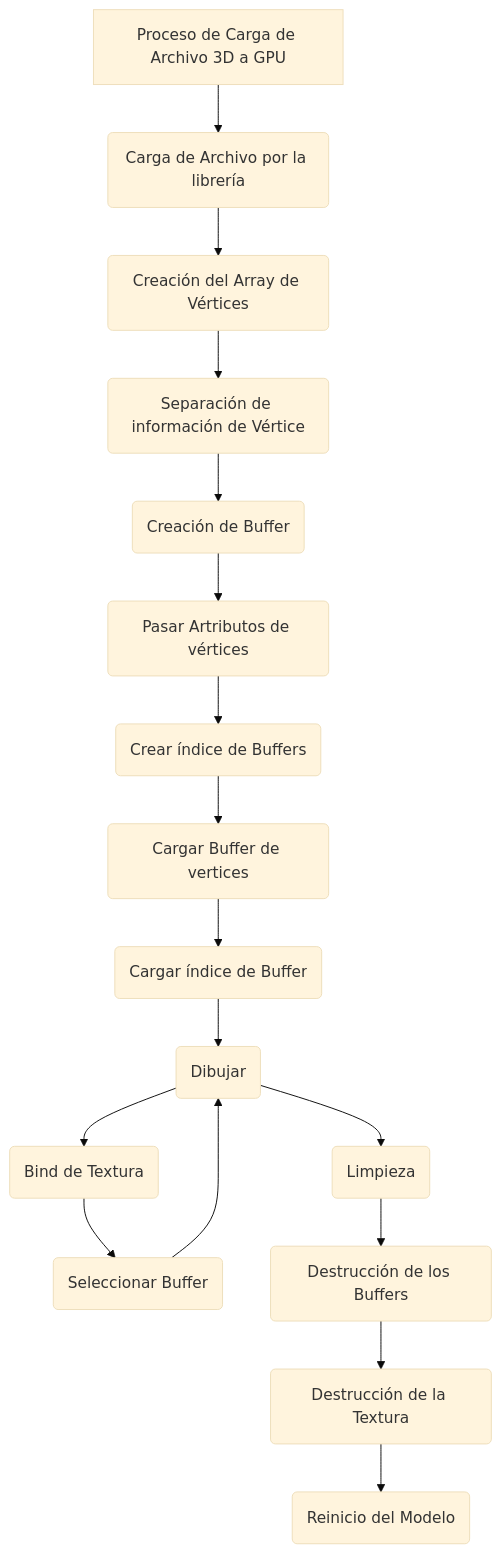
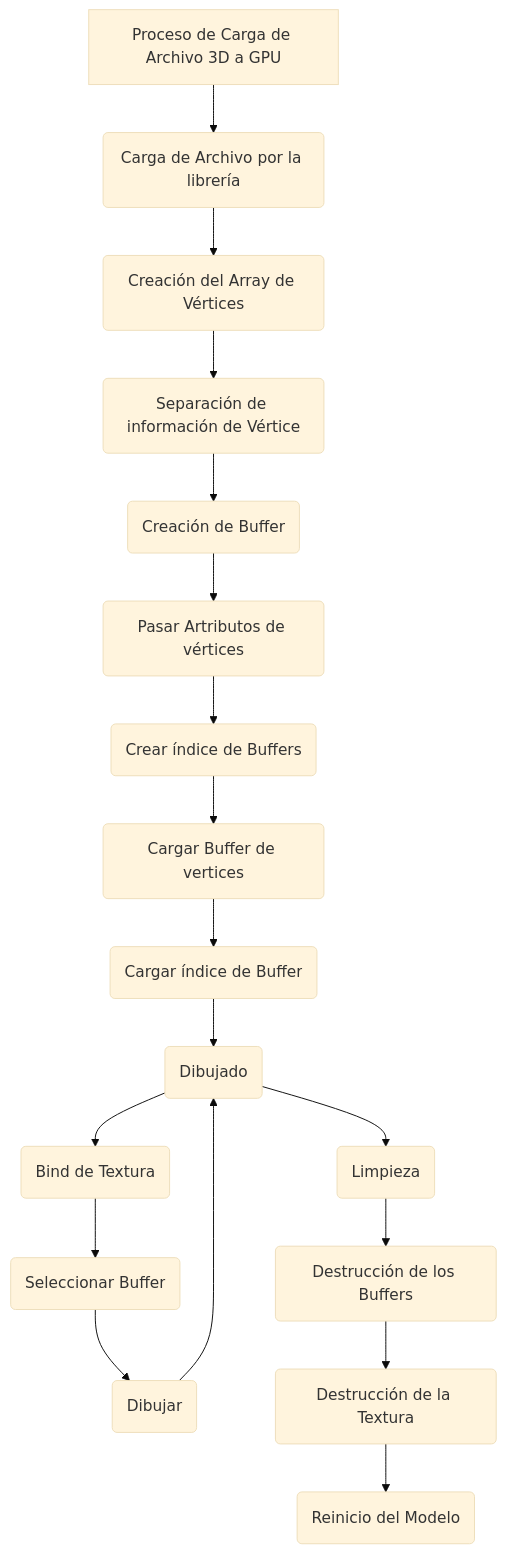
The diagram in doc/UploadModel.md (exequielpagliari/LigthingPractice), drawn with Mermaid (base theme) before and after one commit.

Commit message:
Fix: Gráfico Ciclo de Carga

````diff
--- a/doc/UploadModel.md
+++ b/doc/UploadModel.md
@@ -13,20 +13,25 @@
 ```mermaid
+---
+config:
+  layout: dagre
+---
 flowchart TD
-    A[Proceso de Carga de Archivo 3D a GPU] --> B(Carga de Archivo por la librería)
-    B --> C(Creación del Array de Vértices)
-    C --> D(Separación de información de Vértice )
-    D --> E(Creación de Buffer)
-    E --> F(Pasar Artributos de vértices)
-    F --> G(Crear índice de Buffers)
-    G --> H(Cargar Buffer de vertices)
-    H --> I(Cargar índice de Buffer)
-    I --> J(Dibujado)
-    J --> K(Bind de Textura)
-    K --> L(Seleccionar Buffer)
-    L --> J(Dibujar)
-    J --> M(Limpieza)
-    M --> N(Destrucción de los Buffers)
-    N --> O(Destrucción de la Textura)
-    O --> P(Reinicio del Modelo)
+    A["Proceso de Carga de Archivo 3D a GPU"] --> B("Carga de Archivo por la librería")
+    B --> C("Creación del Array de Vértices")
+    C --> D("Separación de información de Vértice")
+    D --> E("Creación de Buffer")
+    E --> F("Pasar Artributos de vértices")
+    F --> G("Crear índice de Buffers")
+    G --> H("Cargar Buffer de vertices")
+    H --> I("Cargar índice de Buffer")
+    I --> J("Dibujado")
+    J --> K("Bind de Textura") & M("Limpieza")
+    K --> L("Seleccionar Buffer")
+    L --> Y("Dibujar")
+    Y --> J
+    M --> N("Destrucción de los Buffers")
+    N --> O("Destrucción de la Textura")
+    O --> P("Reinicio del Modelo")
+
 
 ```
````
